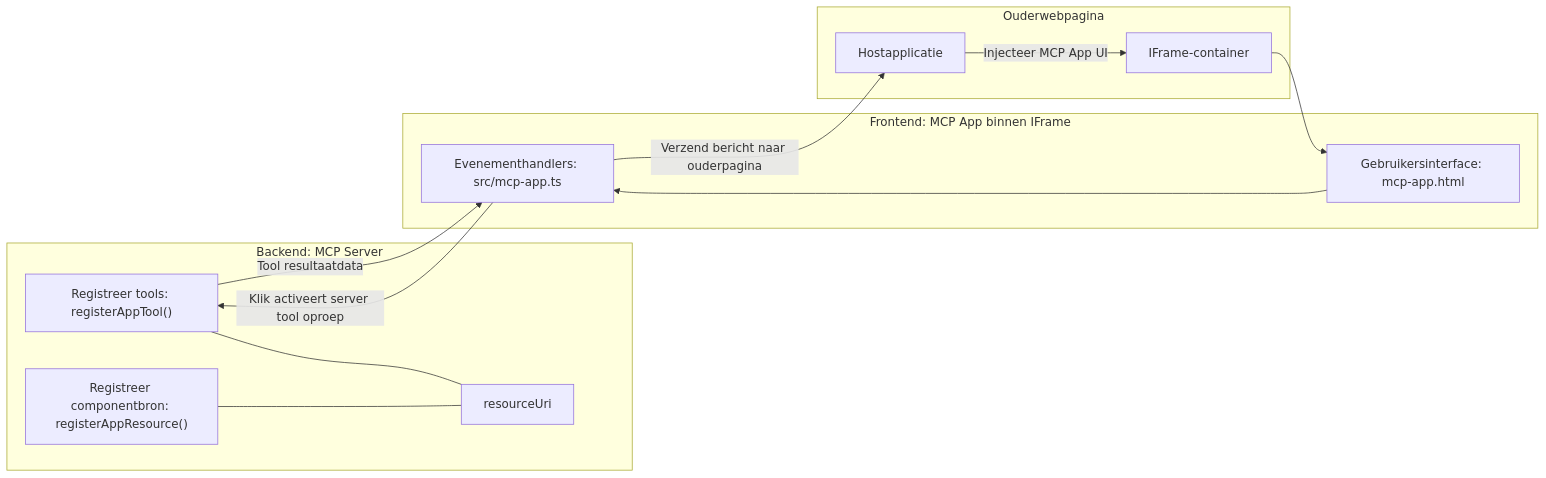
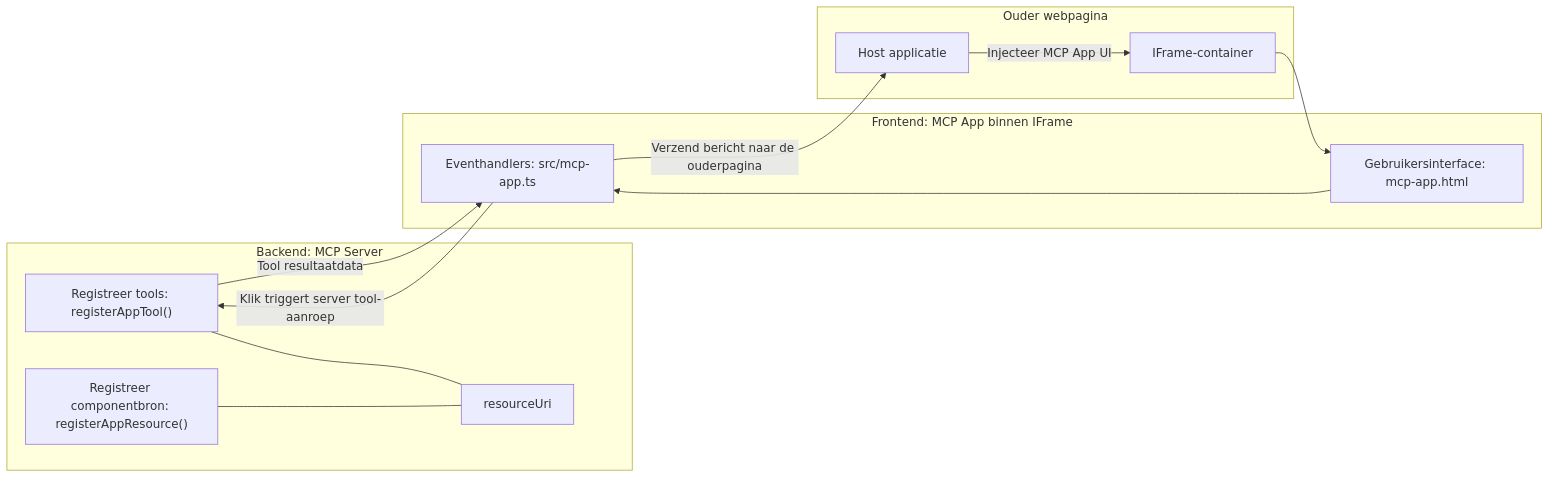
Before and after one commit to HIDORAKAI002/ai-workspace-archive: the diagram in mcp_ecosystem__model_context_protocol/mcp_learning_resources/mcp-for-beginners/translations/nl/03-GettingStarted/15-mcp-apps/README.md, drawn with Mermaid. The commit also changed other lines of this file and 1160 other files, not shown here.

````diff
--- a/mcp_ecosystem__model_context_protocol/mcp_learning_resources/mcp-for-beginners/translations/nl/03-GettingStarted/15-mcp-apps/README.md
+++ b/mcp_ecosystem__model_context_protocol/mcp_learning_resources/mcp-for-beginners/translations/nl/03-GettingStarted/15-mcp-apps/README.md
@@ -32,27 +32,27 @@
 ```mermaid
 flowchart LR
   subgraph Backend[Backend: MCP Server]
     T["Registreer tools: registerAppTool()"]
     C["Registreer componentbron: registerAppResource()"]
     U[resourceUri]
     T --- U
     C --- U
   end
 
-  subgraph Parent[Ouderwebpagina]
-    H[Hostapplicatie]
+  subgraph Parent[Ouder webpagina]
+    H[Host applicatie]
     IFRAME[IFrame-container]
     H -->|Injecteer MCP App UI| IFRAME
   end
 
   subgraph Frontend[Frontend: MCP App binnen IFrame]
     UI["Gebruikersinterface: mcp-app.html"]
-    EH["Evenementhandlers: src/mcp-app.ts"]
+    EH["Eventhandlers: src/mcp-app.ts"]
     UI --> EH
   end
 
   IFRAME --> UI
-  EH -->|Klik activeert server tool oproep| T
+  EH -->|Klik triggert server tool-aanroep| T
   T -->|Tool resultaatdata| EH
-  EH -->|Verzend bericht naar ouderpagina| H
+  EH -->|Verzend bericht naar de ouderpagina| H
 ```
````
